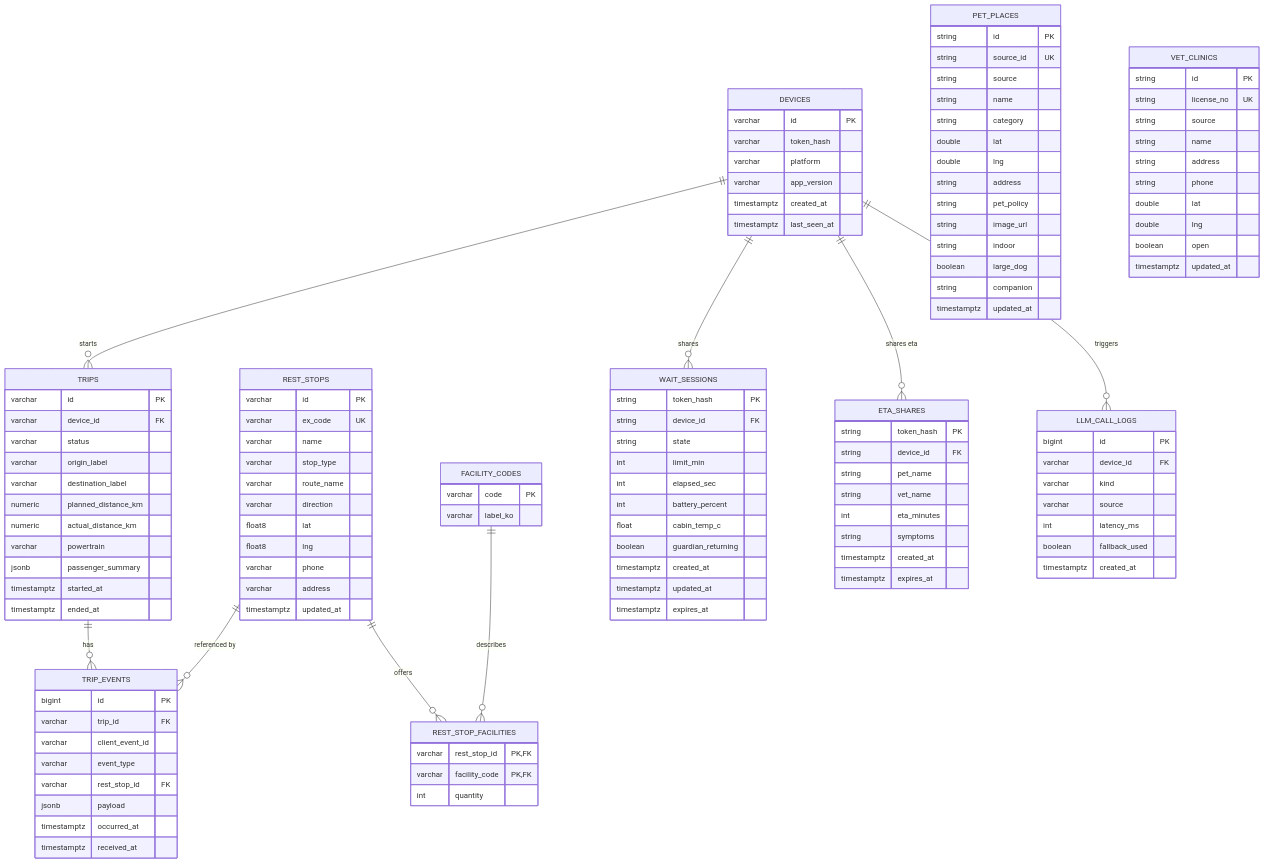
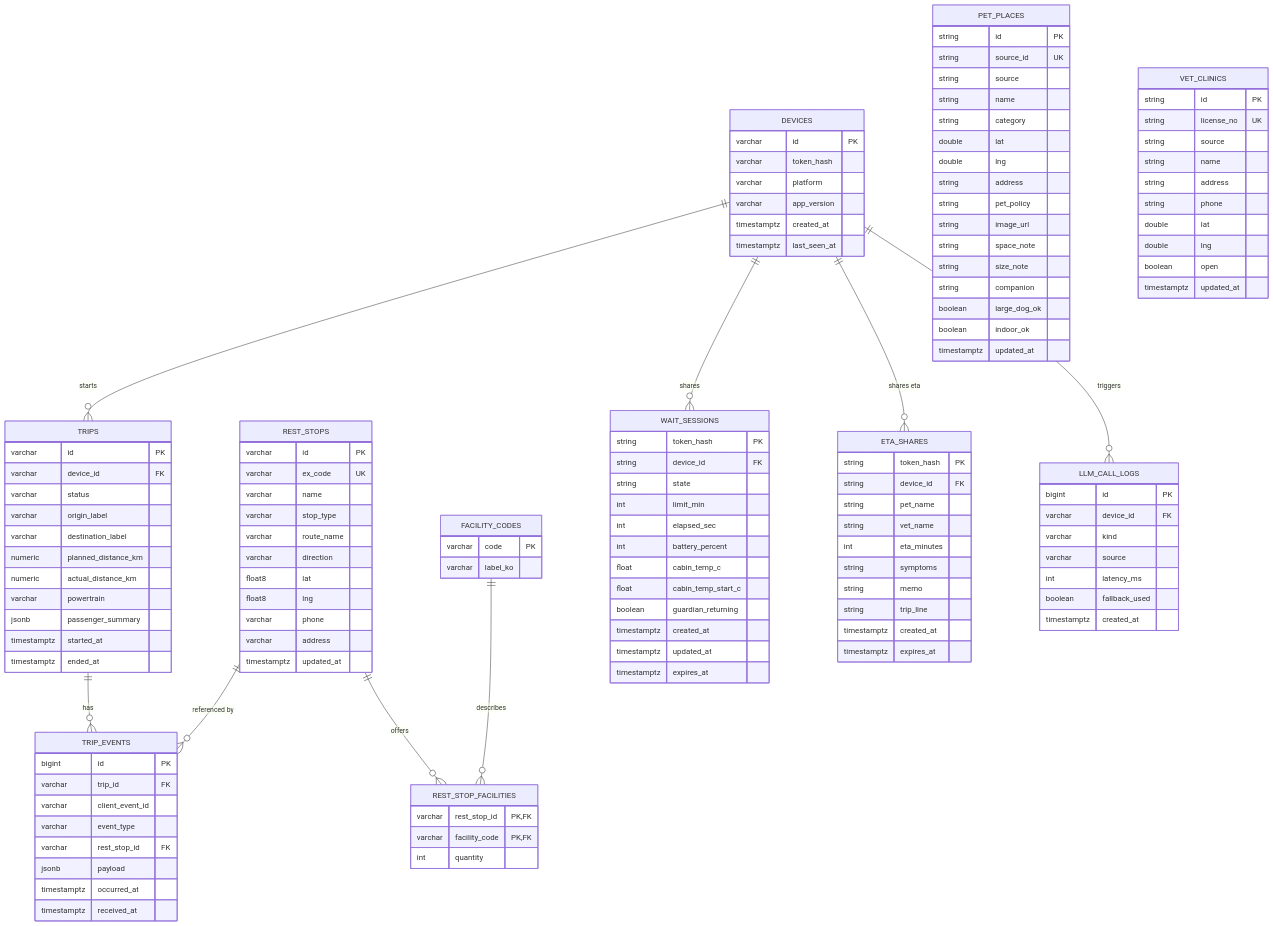
One commit to xuxtaku7610-del/every-moment-of-pause changed the first of 2 diagrams in database.md. Above: the diagram before and after it, drawn with Mermaid. The commit also changed other lines of this file and 93 other files, not shown here.

```diff
--- a/database.md
+++ b/database.md
@@ -90,9 +90,11 @@
         string address
         string pet_policy
         string image_url
-        string indoor
-        boolean large_dog
+        string space_note
+        string size_note
         string companion
+        boolean large_dog_ok
+        boolean indoor_ok
         timestamptz updated_at
     }
     VET_CLINICS {
@@ -115,6 +117,7 @@
         int elapsed_sec
         int battery_percent
         float cabin_temp_c
+        float cabin_temp_start_c
         boolean guardian_returning
         timestamptz created_at
         timestamptz updated_at
@@ -127,6 +130,8 @@
         string vet_name
         int eta_minutes
         string symptoms
+        string memo
+        string trip_line
         timestamptz created_at
         timestamptz expires_at
     }
```
